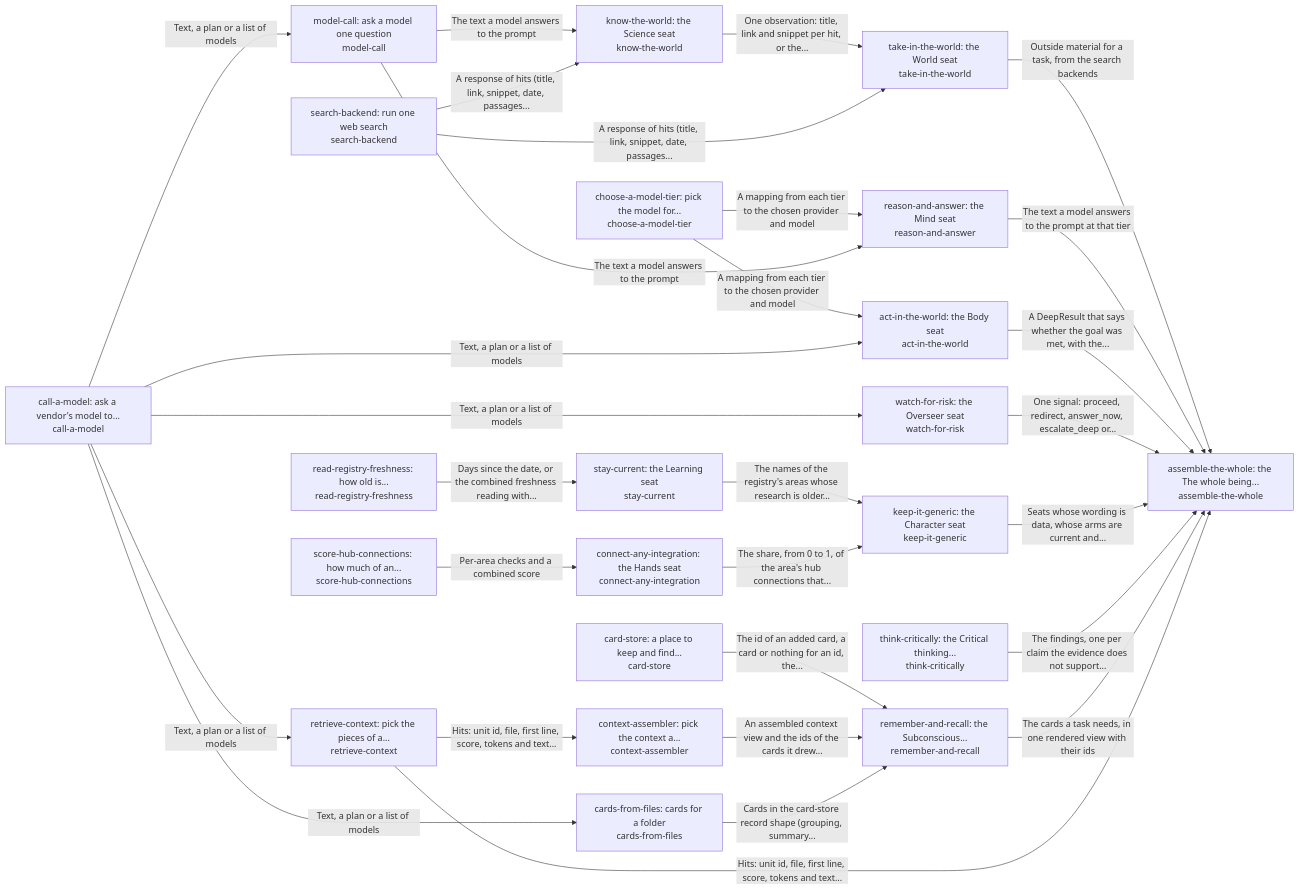
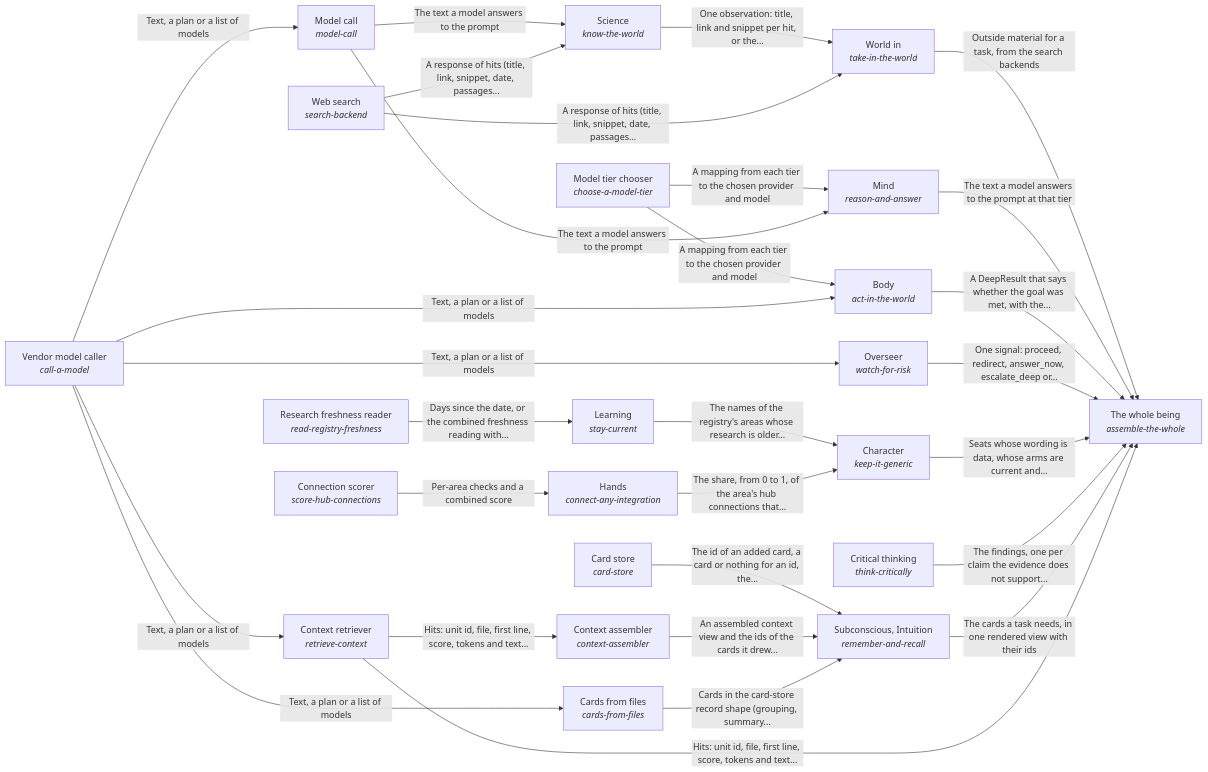
The diagram in esoi/README.md (SpiritualData/ai-hub-of-hubs-structure), drawn with Mermaid before and after one commit. The commit also changed other lines of this file and 32 other files, not shown here.

Commit message:
Mind-part display names lead: seat and area names are Joshua's mind-part names or plain English, the README explains the mind-map analogy, generated tables lead with names and show ids as handles

````diff
--- a/esoi/README.md
+++ b/esoi/README.md
@@ -17,52 +17,52 @@
 ```mermaid
 flowchart LR
-    s0["take-in-the-world: the World seat<br/>take-in-the-world"]
-    s1["reason-and-answer: the Mind seat<br/>reason-and-answer"]
-    s2["choose-a-model-tier: pick the model for...<br/>choose-a-model-tier"]
-    s3["know-the-world: the Science seat<br/>know-the-world"]
-    s4["act-in-the-world: the Body seat<br/>act-in-the-world"]
-    s5["watch-for-risk: the Overseer seat<br/>watch-for-risk"]
-    s6["assemble-the-whole: the The whole being...<br/>assemble-the-whole"]
-    s7["stay-current: the Learning seat<br/>stay-current"]
-    s8["read-registry-freshness: how old is...<br/>read-registry-freshness"]
-    s9["keep-it-generic: the Character seat<br/>keep-it-generic"]
-    s10["connect-any-integration: the Hands seat<br/>connect-any-integration"]
-    s11["score-hub-connections: how much of an...<br/>score-hub-connections"]
-    s12["card-store: a place to keep and find...<br/>card-store"]
-    s13["think-critically: the Critical thinking...<br/>think-critically"]
-    s14["model-call: ask a model one question<br/>model-call"]
-    s15["call-a-model: ask a vendor's model to...<br/>call-a-model"]
-    s16["remember-and-recall: the Subconscious...<br/>remember-and-recall"]
-    s17["context-assembler: pick the context a...<br/>context-assembler"]
-    s18["cards-from-files: cards for a folder<br/>cards-from-files"]
-    s19["retrieve-context: pick the pieces of a...<br/>retrieve-context"]
-    s20["search-backend: run one web search<br/>search-backend"]
+    s0["World in<br/><i>take-in-the-world</i>"]
+    s1["Mind<br/><i>reason-and-answer</i>"]
+    s2["Model tier chooser<br/><i>choose-a-model-tier</i>"]
+    s3["Science<br/><i>know-the-world</i>"]
+    s4["Body<br/><i>act-in-the-world</i>"]
+    s5["Overseer<br/><i>watch-for-risk</i>"]
+    s6["The whole being<br/><i>assemble-the-whole</i>"]
+    s7["Learning<br/><i>stay-current</i>"]
+    s8["Research freshness reader<br/><i>read-registry-freshness</i>"]
+    s9["Character<br/><i>keep-it-generic</i>"]
+    s10["Hands<br/><i>connect-any-integration</i>"]
+    s11["Connection scorer<br/><i>score-hub-connections</i>"]
+    s12["Card store<br/><i>card-store</i>"]
+    s13["Critical thinking<br/><i>think-critically</i>"]
+    s14["Model call<br/><i>model-call</i>"]
+    s15["Vendor model caller<br/><i>call-a-model</i>"]
+    s16["Subconscious, Intuition<br/><i>remember-and-recall</i>"]
+    s17["Context assembler<br/><i>context-assembler</i>"]
+    s18["Cards from files<br/><i>cards-from-files</i>"]
+    s19["Context retriever<br/><i>retrieve-context</i>"]
+    s20["Web search<br/><i>search-backend</i>"]
     s0 -->|"Outside material for a task, from the search backends"| s6
     s1 -->|"The text a model answers to the prompt at that tier"| s6
     s2 -->|"A mapping from each tier to the chosen provider and model"| s1
     s2 -->|"A mapping from each tier to the chosen provider and model"| s4
     s3 -->|"One observation: title, link and snippet per hit, or the..."| s0
     s4 -->|"A DeepResult that says whether the goal was met, with the..."| s6
     s5 -->|"One signal: proceed, redirect, answer_now, escalate_deep or..."| s6
     s7 -->|"The names of the registry's areas whose research is older..."| s9
     s8 -->|"Days since the date, or the combined freshness reading with..."| s7
     s9 -->|"Seats whose wording is data, whose arms are current and..."| s6
     s10 -->|"The share, from 0 to 1, of the area's hub connections that..."| s9
     s11 -->|"Per-area checks and a combined score"| s10
     s12 -->|"The id of an added card, a card or nothing for an id, the..."| s16
     s13 -->|"The findings, one per claim the evidence does not support..."| s6
     s14 -->|"The text a model answers to the prompt"| s1
     s14 -->|"The text a model answers to the prompt"| s3
     s15 -->|"Text, a plan or a list of models"| s4
     s15 -->|"Text, a plan or a list of models"| s5
     s15 -->|"Text, a plan or a list of models"| s14
     s15 -->|"Text, a plan or a list of models"| s18
     s15 -->|"Text, a plan or a list of models"| s19
     s16 -->|"The cards a task needs, in one rendered view with their ids"| s6
     s17 -->|"An assembled context view and the ids of the cards it drew..."| s16
     s18 -->|"Cards in the card-store record shape (grouping, summary..."| s16
     s19 -->|"Hits: unit id, file, first line, score, tokens and text..."| s6
     s19 -->|"Hits: unit id, file, first line, score, tokens and text..."| s17
     s20 -->|"A response of hits (title, link, snippet, date, passages..."| s0
     s20 -->|"A response of hits (title, link, snippet, date, passages..."| s3
 ```
````
